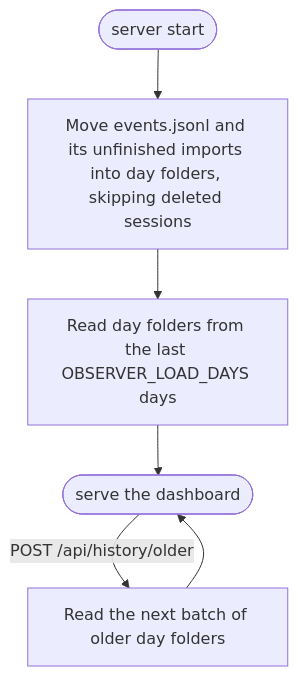
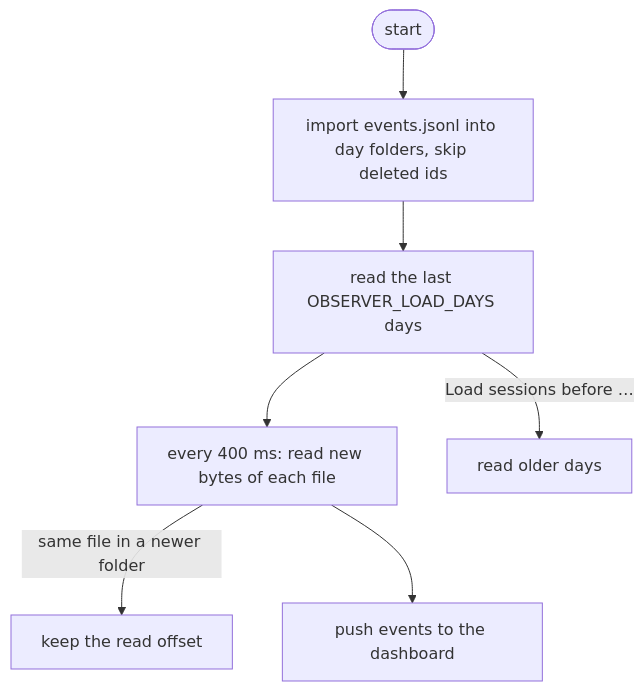
The third of 3 diagrams in README.md (adrianstanek/session-observer), drawn with Mermaid before and after one commit. The commit also changed other lines of this file, not shown here.

First line of the commit message:
docs: shorten Event storage to two diagrams

```diff
--- a/README.md
+++ b/README.md
@@ -126,8 +72,9 @@
 ~~~mermaid
 flowchart TD
-  Start([server start]) --> Import[Move events.jsonl and its unfinished imports into day folders, skipping deleted sessions]
-  Import --> Window[Read day folders from the last OBSERVER_LOAD_DAYS days]
-  Window --> Ready([serve the dashboard])
-  Ready -->|POST /api/history/older| Older[Read the next batch of older day folders]
-  Older --> Ready
+  S([start]) --> I[import events.jsonl into day folders, skip deleted ids]
+  I --> W[read the last OBSERVER_LOAD_DAYS days]
+  W --> P[every 400 ms: read new bytes of each file]
+  P -->|same file in a newer folder| K[keep the read offset]
+  P --> D[push events to the dashboard]
+  W -->|Load sessions before …| O[read older days]
 ~~~
```
